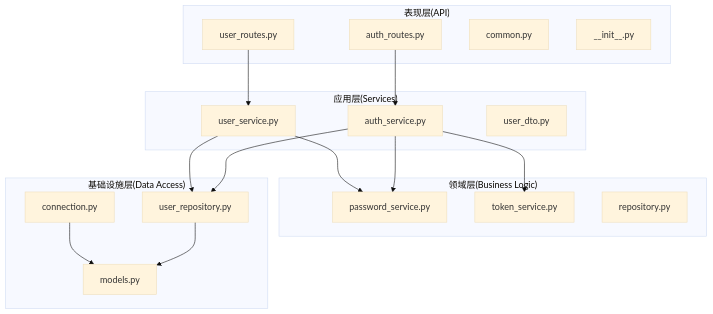
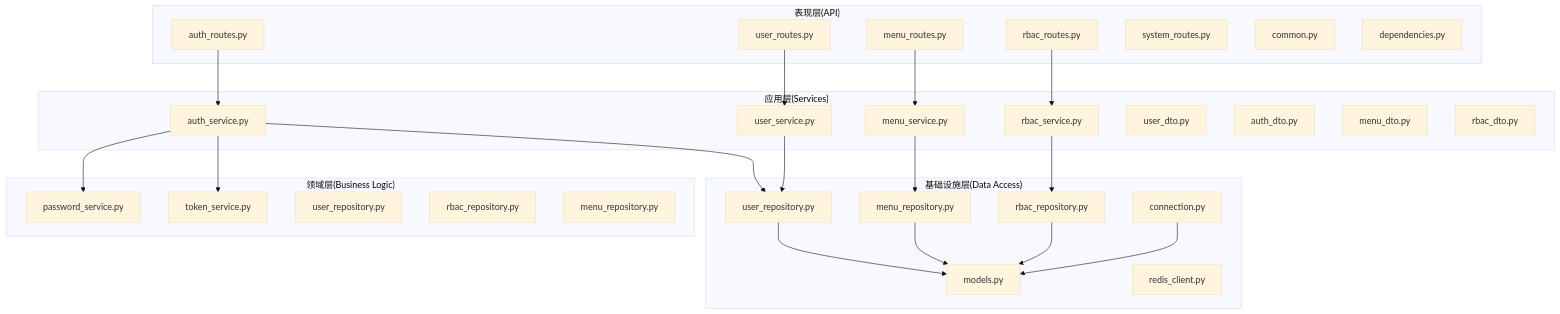
The first of 7 diagrams in .qoder/repowiki/zh/content/后端架构设计/DDD 分层架构详解/DDD 分层架构详解.md (taoweidong/Hello-FastApi), drawn with Mermaid (base theme) before and after one commit. The commit also changed other lines of this file and 24 other files, not shown here.

````diff
--- a/.qoder/repowiki/zh/content/后端架构设计/DDD 分层架构详解/DDD 分层架构详解.md
+++ b/.qoder/repowiki/zh/content/后端架构设计/DDD 分层架构详解/DDD 分层架构详解.md
@@ -46,33 +72,51 @@
 ```mermaid
 graph TB
 subgraph "表现层(API)"
 A1["auth_routes.py"]
 A2["user_routes.py"]
-A3["common.py"]
-A4["__init__.py"]
+A3["menu_routes.py"]
+A4["rbac_routes.py"]
+A5["system_routes.py"]
+A6["common.py"]
+A7["dependencies.py"]
 end
 subgraph "应用层(Services)"
 S1["auth_service.py"]
 S2["user_service.py"]
-S3["user_dto.py"]
+S3["menu_service.py"]
+S4["rbac_service.py"]
+S5["user_dto.py"]
+S6["auth_dto.py"]
+S7["menu_dto.py"]
+S8["rbac_dto.py"]
 end
 subgraph "领域层(Business Logic)"
 D1["password_service.py"]
 D2["token_service.py"]
-D3["repository.py"]
+D3["user_repository.py"]
+D4["rbac_repository.py"]
+D5["menu_repository.py"]
 end
 subgraph "基础设施层(Data Access)"
 I1["user_repository.py"]
-I2["models.py"]
-I3["connection.py"]
+I2["rbac_repository.py"]
+I3["menu_repository.py"]
+I4["models.py"]
+I5["connection.py"]
+I6["redis_client.py"]
 end
 A1 --> S1
 A2 --> S2
+A3 --> S3
+A4 --> S4
 S1 --> D1
 S1 --> D2
 S1 --> I1
-S2 --> D1
 S2 --> I1
-I1 --> I2
-I3 --> I2
+S3 --> I3
+S4 --> I2
+I1 --> I4
+I2 --> I4
+I3 --> I4
+I5 --> I4
 ```
````
